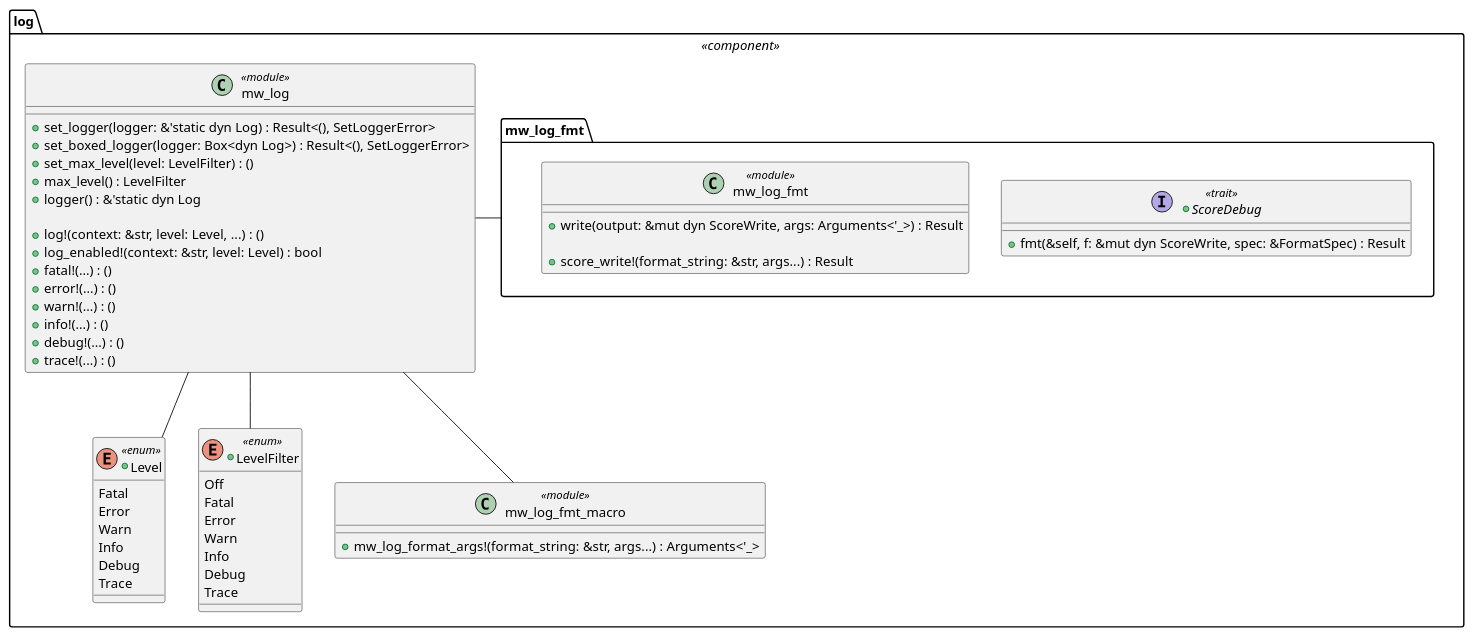
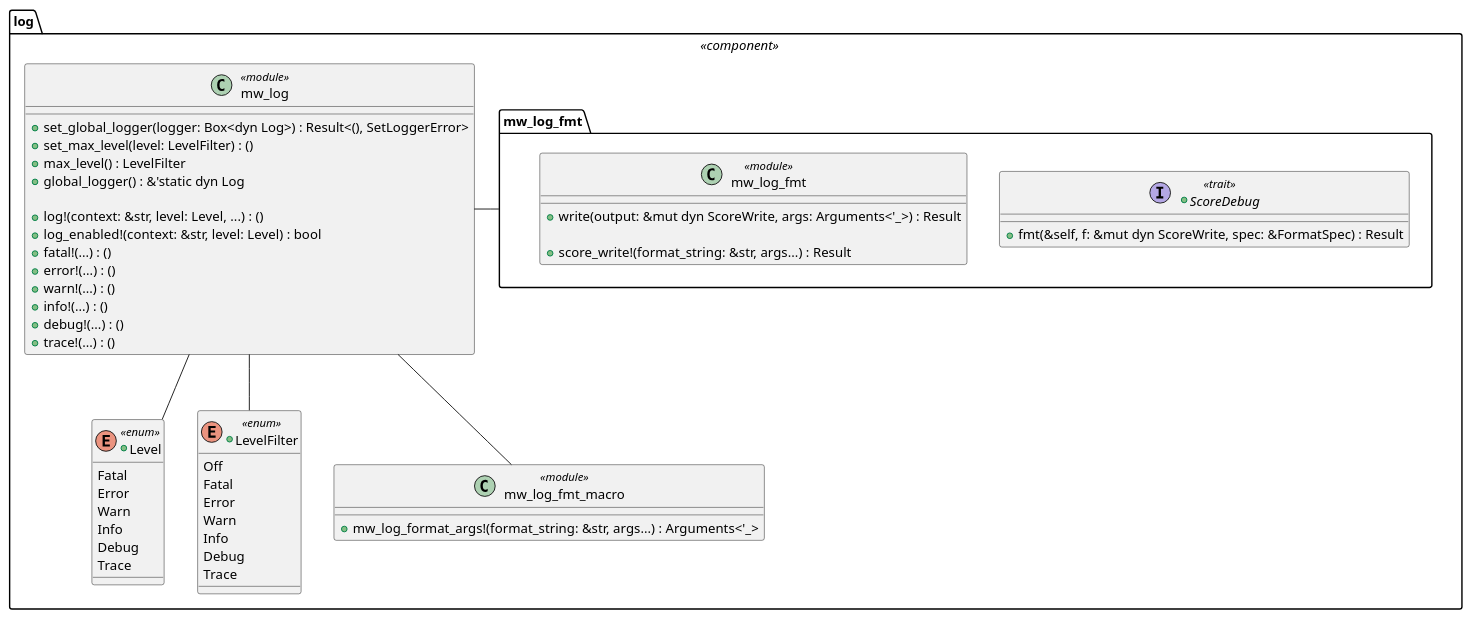
Before and after one commit to etas-contrib/score_baselibs_rust: the diagram in docs/baselibs_rust/log/architecture/_assets/interface.puml, drawn with PlantUML. The commit also changed 25 other files, not shown here.

```diff
--- a/docs/baselibs_rust/log/architecture/_assets/interface.puml
+++ b/docs/baselibs_rust/log/architecture/_assets/interface.puml
@@ -1,62 +1,61 @@
 @startuml log_interface
 
 package log <<component>> {
     +enum Level <<enum>> {
         Fatal
         Error
         Warn
         Info
         Debug
         Trace
     }
 
     +enum LevelFilter <<enum>> {
         Off
         Fatal
         Error
         Warn
         Info
         Debug
         Trace
     }
 
     class mw_log <<module>> {
-        +set_logger(logger: &'static dyn Log) : Result<(), SetLoggerError>
-        +set_boxed_logger(logger: Box<dyn Log>) : Result<(), SetLoggerError>
+        +set_global_logger(logger: Box<dyn Log>) : Result<(), SetLoggerError>
         +set_max_level(level: LevelFilter) : ()
         +max_level() : LevelFilter
-        +logger() : &'static dyn Log
+        +global_logger() : &'static dyn Log
 
         +log!(context: &str, level: Level, ...) : ()
         +log_enabled!(context: &str, level: Level) : bool
         +fatal!(...) : ()
         +error!(...) : ()
         +warn!(...) : ()
         +info!(...) : ()
         +debug!(...) : ()
         +trace!(...) : ()
     }
 
     class mw_log_fmt_macro <<module>> {
         +mw_log_format_args!(format_string: &str, args...) : Arguments<'_>
     }
 
     package mw_log_fmt {
         +interface ScoreDebug <<trait>> {
             +fmt(&self, f: &mut dyn ScoreWrite, spec: &FormatSpec) : Result
         }
 
         class mw_log_fmt <<module>> {
             +write(output: &mut dyn ScoreWrite, args: Arguments<'_>) : Result
 
             +score_write!(format_string: &str, args...) : Result
         }
     }
 
     mw_log -- Level
     mw_log -- LevelFilter
     mw_log -- mw_log_fmt_macro
     mw_log -right- mw_log_fmt
 }
 
 @enduml
```
